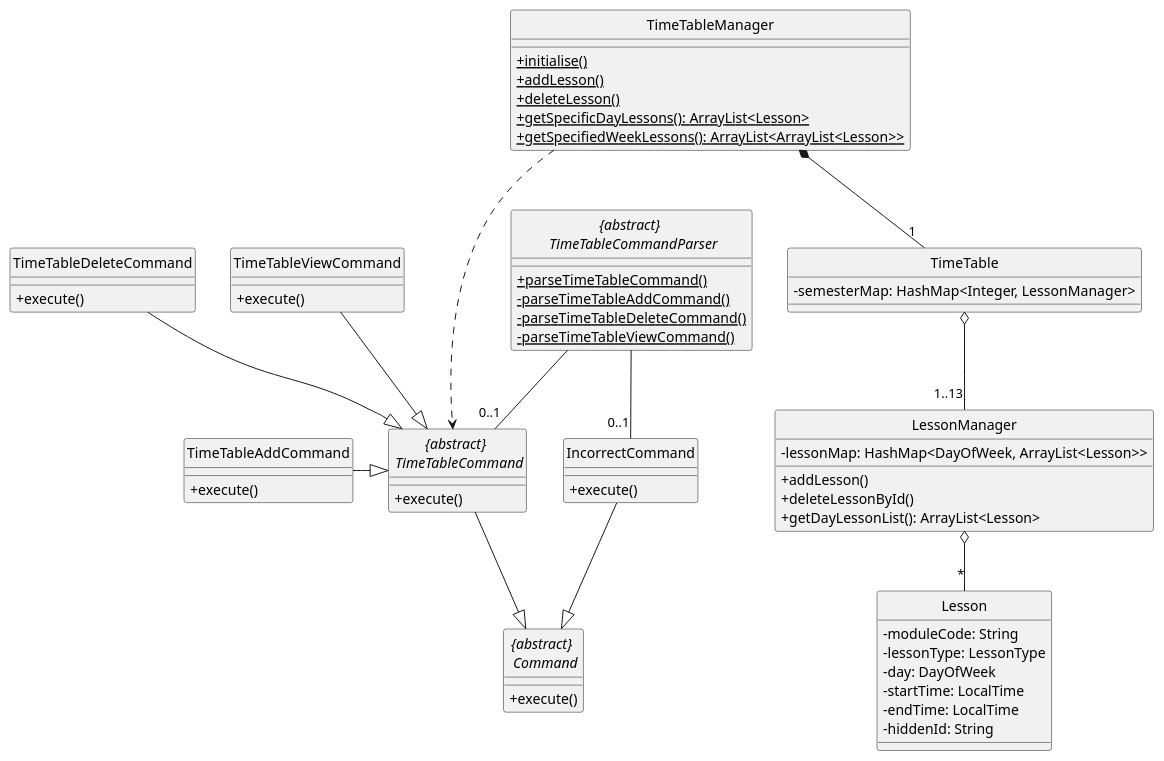
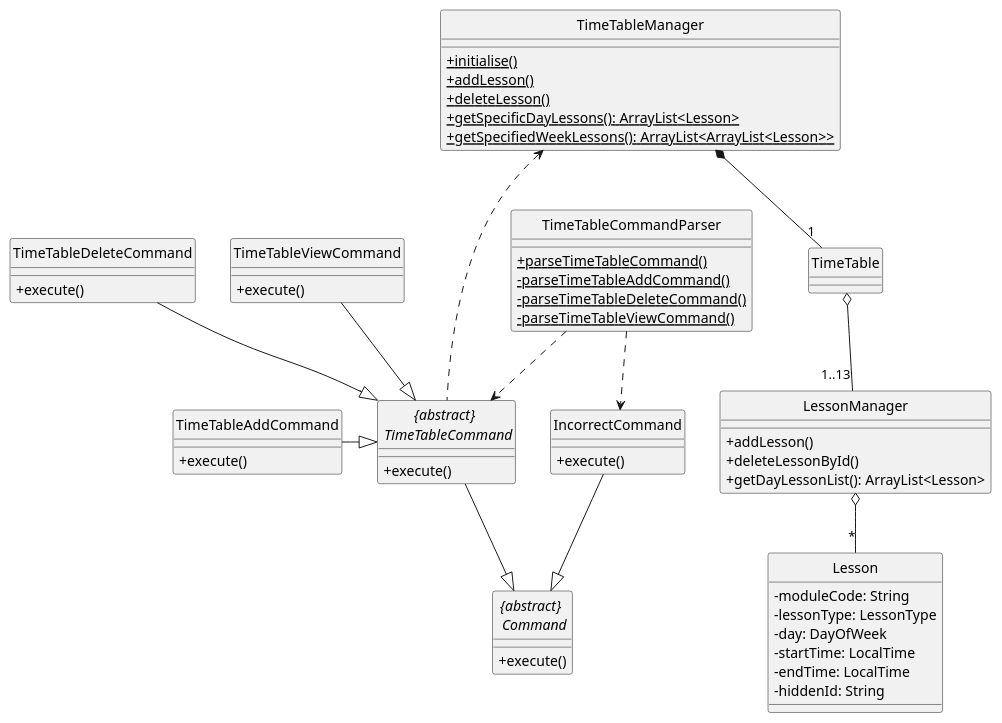
One commit to wangqinNick/tp changed the diagram in docs/diagrams/UML/TimeTableClassDiagram.puml. Above: the diagram before and after it, drawn with PlantUML. The commit also changed 4 other files, not shown here.

Commit message:
Fix command class, timetable class diagrams

```diff
--- a/docs/diagrams/UML/TimeTableClassDiagram.puml
+++ b/docs/diagrams/UML/TimeTableClassDiagram.puml
@@ -1,83 +1,81 @@
 @startuml
 
 hide circle
 skinparam classAttributeIconSize 0
 
 class TimeTableAddCommand
 class TimeTableDeleteCommand
 class TimeTableViewCommand
 class Lesson {
     - moduleCode: String
     - lessonType: LessonType
     - day: DayOfWeek
     - startTime: LocalTime
     - endTime: LocalTime
     - hiddenId: String
 }
 
-abstract class "{abstract} \n TimeTableCommandParser" {
+class "TimeTableCommandParser" {
     + {static} parseTimeTableCommand()
     - {static} parseTimeTableAddCommand()
     - {static} parseTimeTableDeleteCommand()
     - {static} parseTimeTableViewCommand()
 }
 
 abstract class "{abstract} \n TimeTableCommand" {
     + execute()
 }
 
 abstract class "{abstract} \n Command" {
     + execute()
 }
 
 class TimeTable {
-    - semesterMap: HashMap<Integer, LessonManager>
 }
 
 class TimeTableAddCommand {
     + execute()
 }
 
 class TimeTableViewCommand {
     + execute()
 }
 
 class TimeTableDeleteCommand {
     + execute()
 }
 
 class IncorrectCommand {
     + execute()
 }
 
 class LessonManager {
-    - lessonMap: HashMap<DayOfWeek, ArrayList<Lesson>>
     + addLesson()
     + deleteLessonById()
     + getDayLessonList(): ArrayList<Lesson>
 }
 
 class TimeTableManager {
     + {static} initialise()
     + {static} addLesson()
     + {static} deleteLesson()
     + {static} getSpecificDayLessons(): ArrayList<Lesson>
     + {static} getSpecifiedWeekLessons(): ArrayList<ArrayList<Lesson>>
 }
 
 "{abstract} \n TimeTableCommand" --|> "{abstract} \n Command"
 IncorrectCommand --|> "{abstract} \n Command"
 
-"{abstract} \n TimeTableCommandParser" -- "0..1" "{abstract} \n TimeTableCommand"
-"{abstract} \n TimeTableCommandParser" -- "0..1" IncorrectCommand
+"TimeTableCommandParser" ..> "{abstract} \n TimeTableCommand"
+"TimeTableCommandParser" ..> IncorrectCommand
 
 TimeTableAddCommand -|> "{abstract} \n TimeTableCommand"
 TimeTableDeleteCommand --|> "{abstract} \n TimeTableCommand"
 TimeTableViewCommand --|> "{abstract} \n TimeTableCommand"
 TimeTableManager *-- "1" TimeTable
 TimeTable o-- "1..13" LessonManager
 LessonManager o-- "*" Lesson
 
-TimeTableManager ...> "{abstract} \n TimeTableCommand"
+TimeTableManager <... "{abstract} \n TimeTableCommand"
 
 @enduml
```
